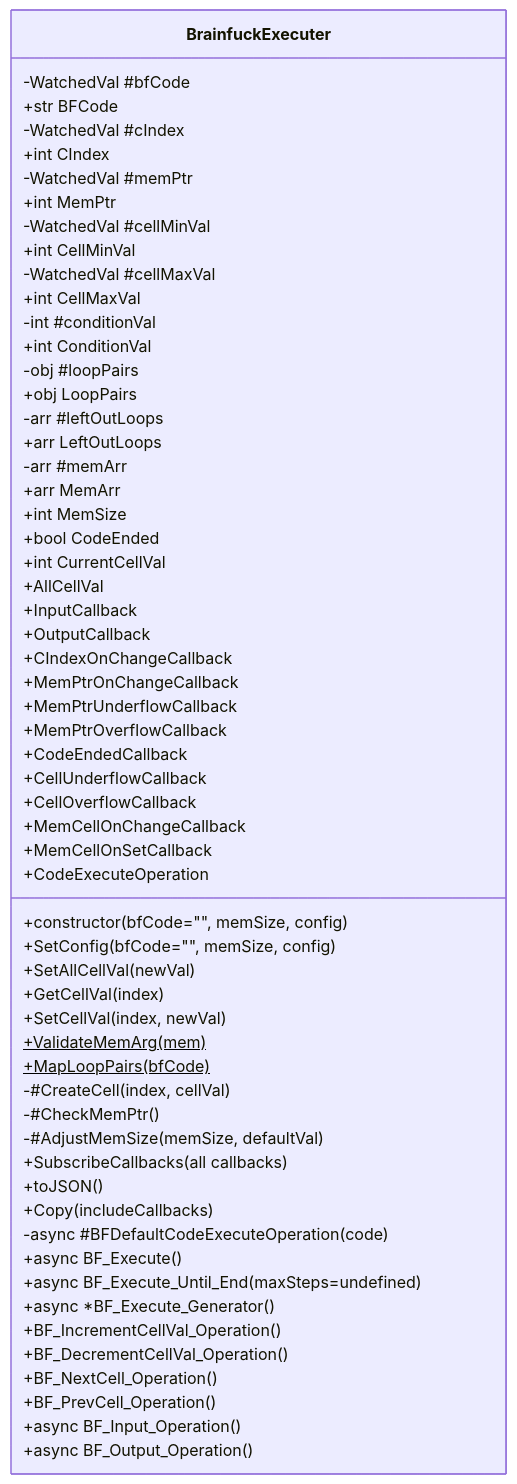
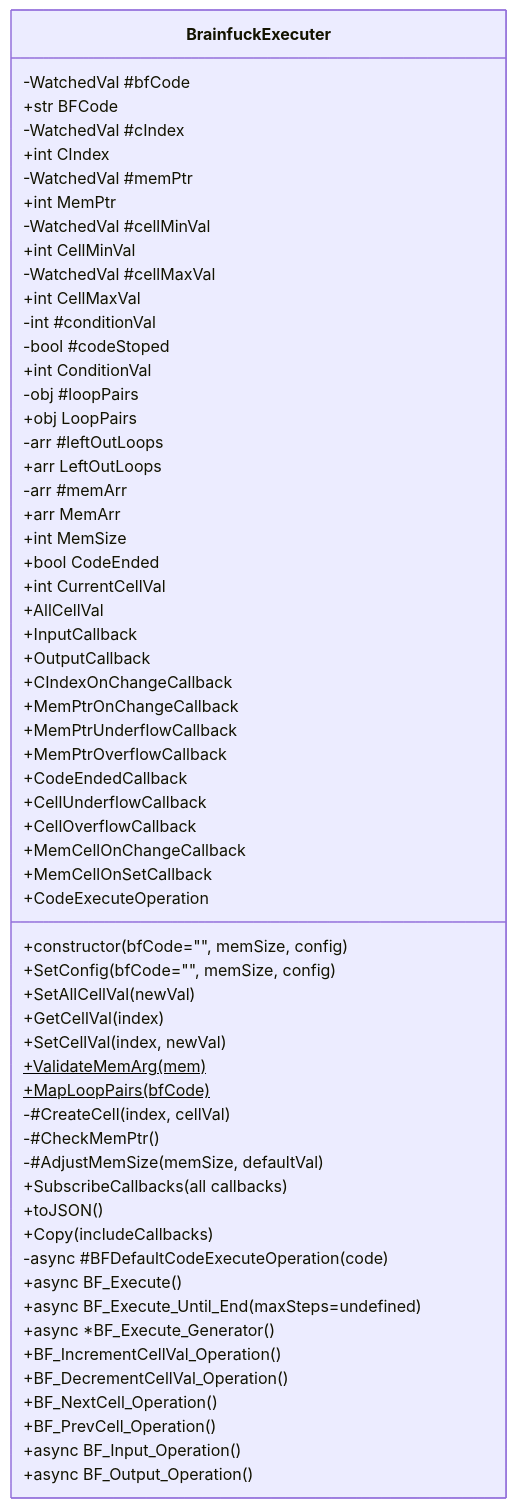
The first of 47 diagrams in Classes_Info/BrainfuckExecuter.md (BCS21090011/BrainFucker), drawn with Mermaid before and after one commit. The commit also changed other lines of this file and 2 other files, not shown here.

Commit message:
Fixed out ranged issue, added feature to stop code execution.

````diff
--- a/Classes_Info/BrainfuckExecuter.md
+++ b/Classes_Info/BrainfuckExecuter.md
@@ -5,68 +5,69 @@
 ```mermaid
 classDiagram
 
 class BrainfuckExecuter {
     -WatchedVal #bfCode
     +str BFCode
     -WatchedVal #cIndex
     +int CIndex
     -WatchedVal #memPtr
     +int MemPtr
     -WatchedVal #cellMinVal
     +int CellMinVal
     -WatchedVal #cellMaxVal
     +int CellMaxVal
 
     -int #conditionVal
+    -bool #codeStoped
     +int ConditionVal
     -obj #loopPairs
     +obj LoopPairs
     -arr #leftOutLoops
     +arr LeftOutLoops
     -arr #memArr
     +arr MemArr
 
     +int MemSize
     +bool CodeEnded
     +int CurrentCellVal
     +AllCellVal
 
     +InputCallback
     +OutputCallback
     +CIndexOnChangeCallback
     +MemPtrOnChangeCallback
     +MemPtrUnderflowCallback
     +MemPtrOverflowCallback
     +CodeEndedCallback
     +CellUnderflowCallback
     +CellOverflowCallback
     +MemCellOnChangeCallback
     +MemCellOnSetCallback
     +CodeExecuteOperation
 
     +constructor(bfCode="", memSize, config)
     +SetConfig(bfCode="", memSize, config)
     +SetAllCellVal(newVal)
     +GetCellVal(index)
     +SetCellVal(index, newVal)
     +ValidateMemArg(mem)$
     +MapLoopPairs(bfCode)$
     -#CreateCell(index, cellVal)
     -#CheckMemPtr()
     -#AdjustMemSize(memSize, defaultVal)
     +SubscribeCallbacks(all callbacks)
     +toJSON()
     +Copy(includeCallbacks)
 
     -async #BFDefaultCodeExecuteOperation(code)
     +async BF_Execute()
     +async BF_Execute_Until_End(maxSteps=undefined)
     +async *BF_Execute_Generator()
     +BF_IncrementCellVal_Operation()
     +BF_DecrementCellVal_Operation()
     +BF_NextCell_Operation()
     +BF_PrevCell_Operation()
     +async BF_Input_Operation()
     +async BF_Output_Operation()
 }
 ```
````
